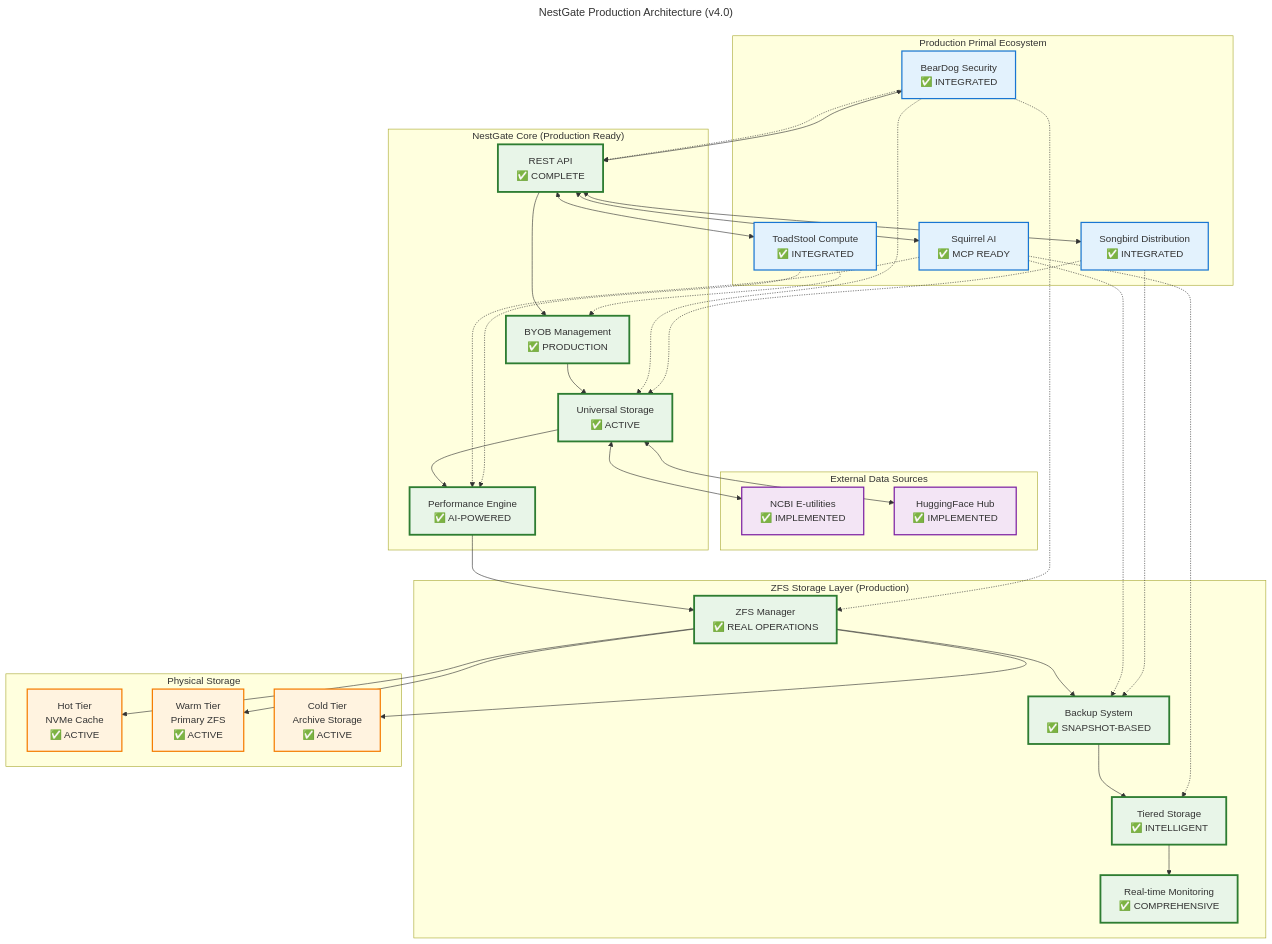
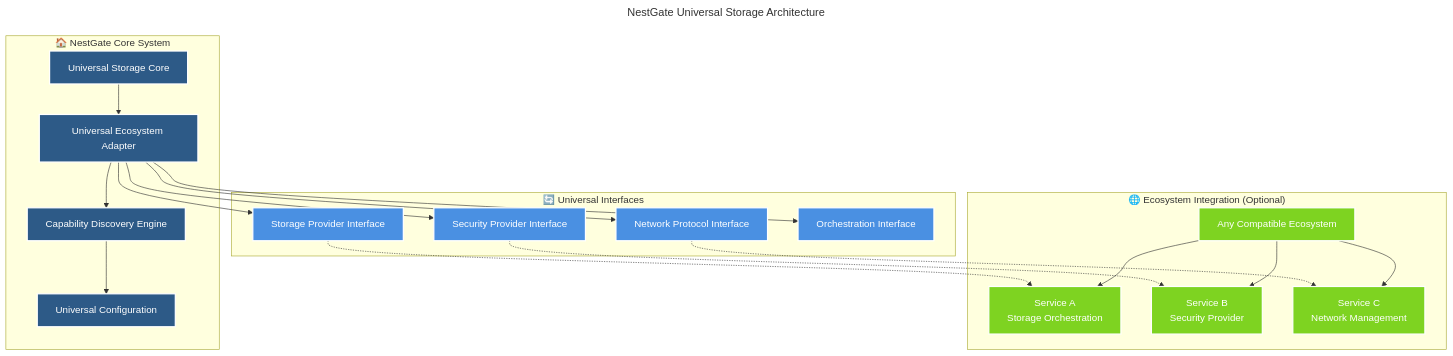
One commit to ecoPrimals/nestGate changed the diagram in specs/ARCHITECTURE_OVERVIEW.md. Above: the diagram before and after it, drawn with Mermaid. The commit also changed other lines of this file and 401 other files, not shown here.

````diff
--- a/specs/ARCHITECTURE_OVERVIEW.md
+++ b/specs/ARCHITECTURE_OVERVIEW.md
@@ -60,90 +34,55 @@
 ```mermaid
 ---
-title: NestGate Production Architecture (v4.0)
+title: NestGate Universal Storage Architecture
 ---
-flowchart TB
-    subgraph "Production Primal Ecosystem"
-        BEARDOG[BearDog Security<br/>✅ INTEGRATED]
-        SQUIRREL[Squirrel AI<br/>✅ MCP READY]
-        SONGBIRD[Songbird Distribution<br/>✅ INTEGRATED]
-        TOADSTOOL[ToadStool Compute<br/>✅ INTEGRATED]
+graph TB
+    subgraph "🏠 NestGate Core System"
+        CORE[Universal Storage Core]
+        ADAPTER[Universal Ecosystem Adapter]
+        DISCOVERY[Capability Discovery Engine]
+        CONFIG[Universal Configuration]
+        style CORE fill:#2d5a87,stroke:#fff,stroke-width:2px,color:#fff
+        style ADAPTER fill:#2d5a87,stroke:#fff,stroke-width:2px,color:#fff
+        style DISCOVERY fill:#2d5a87,stroke:#fff,stroke-width:2px,color:#fff
+        style CONFIG fill:#2d5a87,stroke:#fff,stroke-width:2px,color:#fff
     end
-
-    subgraph "External Data Sources"
-        NCBI[NCBI E-utilities<br/>✅ IMPLEMENTED]
-        HF[HuggingFace Hub<br/>✅ IMPLEMENTED]
+    
+    subgraph "🔄 Universal Interfaces"
+        STORAGE[Storage Provider Interface]
+        NETWORK[Network Protocol Interface]
+        SECURITY[Security Provider Interface]
+        ORCHESTRATION[Orchestration Interface]
+        style STORAGE fill:#4a90e2,stroke:#fff,stroke-width:2px,color:#fff
+        style NETWORK fill:#4a90e2,stroke:#fff,stroke-width:2px,color:#fff
+        style SECURITY fill:#4a90e2,stroke:#fff,stroke-width:2px,color:#fff
+        style ORCHESTRATION fill:#4a90e2,stroke:#fff,stroke-width:2px,color:#fff
     end
-
-    subgraph "NestGate Core (Production Ready)"
-        API[REST API<br/>✅ COMPLETE]
-        BYOB[BYOB Management<br/>✅ PRODUCTION]
-        UNIVERSAL[Universal Storage<br/>✅ ACTIVE]
-        PERF[Performance Engine<br/>✅ AI-POWERED]
+    
+    subgraph "🌐 Ecosystem Integration (Optional)"
+        ECOSYSTEM[Any Compatible Ecosystem]
+        PRIMAL_A[Service A<br/>Storage Orchestration]
+        PRIMAL_B[Service B<br/>Security Provider]
+        PRIMAL_C[Service C<br/>Network Management]
+        style ECOSYSTEM fill:#7ed321,stroke:#fff,stroke-width:2px,color:#fff
+        style PRIMAL_A fill:#7ed321,stroke:#fff,stroke-width:2px,color:#fff
+        style PRIMAL_B fill:#7ed321,stroke:#fff,stroke-width:2px,color:#fff
+        style PRIMAL_C fill:#7ed321,stroke:#fff,stroke-width:2px,color:#fff
     end
-
-    subgraph "ZFS Storage Layer (Production)"
-        ZFS[ZFS Manager<br/>✅ REAL OPERATIONS]
-        BACKUP[Backup System<br/>✅ SNAPSHOT-BASED]
-        TIERS[Tiered Storage<br/>✅ INTELLIGENT]
-        MONITOR[Real-time Monitoring<br/>✅ COMPREHENSIVE]
-    end
-
-    subgraph "Physical Storage"
-        HOT[Hot Tier<br/>NVMe Cache<br/>✅ ACTIVE]
-        WARM[Warm Tier<br/>Primary ZFS<br/>✅ ACTIVE]
-        COLD[Cold Tier<br/>Archive Storage<br/>✅ ACTIVE]
-    end
-
-    %% Production Integrations
-    API <--> BEARDOG
-    API <--> SQUIRREL
-    API <--> SONGBIRD
-    API <--> TOADSTOOL
     
-    %% Data Source Integration
-    UNIVERSAL <--> NCBI
-    UNIVERSAL <--> HF
-
-    %% Core System Flow
-    API --> BYOB
-    BYOB --> UNIVERSAL
-    UNIVERSAL --> PERF
-    PERF --> ZFS
-    ZFS --> BACKUP
-    BACKUP --> TIERS
-    TIERS --> MONITOR
-
-    %% Storage Tier Management
-    ZFS --> HOT
-    ZFS --> WARM
-    ZFS --> COLD
-
-    %% AI Integration
-    SQUIRREL -.-> PERF
-    SQUIRREL -.-> BACKUP
-    SQUIRREL -.-> TIERS
-
-    %% Security Integration
-    BEARDOG -.-> API
-    BEARDOG -.-> UNIVERSAL
-    BEARDOG -.-> ZFS
-
-    %% Network Integration
-    SONGBIRD -.-> UNIVERSAL
-    SONGBIRD -.-> BACKUP
-
-    %% Compute Integration
-    TOADSTOOL -.-> BYOB
-    TOADSTOOL -.-> PERF
-
-    %% Styling
-    classDef production fill:#e8f5e8,stroke:#2e7d32,stroke-width:3px
-    classDef integrated fill:#e3f2fd,stroke:#1976d2,stroke-width:2px
-    classDef storage fill:#fff3e0,stroke:#f57c00,stroke-width:2px
-    classDef external fill:#f3e5f5,stroke:#7b1fa2,stroke-width:2px
-
-    class API,BYOB,UNIVERSAL,PERF,ZFS,BACKUP,TIERS,MONITOR production
-    class BEARDOG,SQUIRREL,SONGBIRD,TOADSTOOL integrated
-    class HOT,WARM,COLD storage
-    class NCBI,HF external
+    CORE --> ADAPTER
+    ADAPTER --> DISCOVERY
+    DISCOVERY --> CONFIG
+    
+    ADAPTER --> STORAGE
+    ADAPTER --> NETWORK
+    ADAPTER --> SECURITY
+    ADAPTER --> ORCHESTRATION
+    
+    STORAGE -.-> PRIMAL_A
+    SECURITY -.-> PRIMAL_B
+    NETWORK -.-> PRIMAL_C
+    
+    ECOSYSTEM --> PRIMAL_A
+    ECOSYSTEM --> PRIMAL_B
+    ECOSYSTEM --> PRIMAL_C
 ```
````
